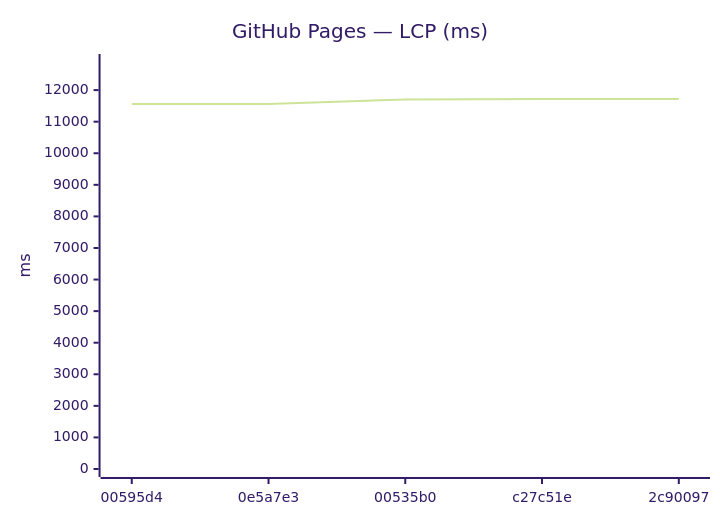
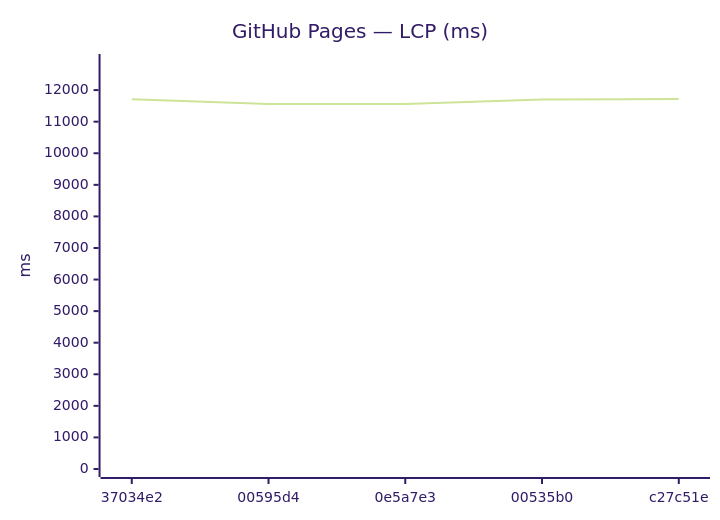
Diagram 11 of 24 in benchmarks/compare.md (Metaheurist/Rianell), drawn with Mermaid (forest theme) before and after one commit. The commit also changed other lines of this file and 12 other files, not shown here.

````diff
--- a/benchmarks/compare.md
+++ b/benchmarks/compare.md
@@ -157,7 +161,7 @@
 ```mermaid
 xychart-beta
     title "GitHub Pages — LCP (ms)"
-    x-axis ["00595d4", "0e5a7e3", "00535b0", "c27c51e", "2c90097"]
+    x-axis ["37034e2", "00595d4", "0e5a7e3", "00535b0", "c27c51e"]
     y-axis "ms" 0 --> 12890
-    line [11560, 11561, 11705, 11718, 11715]
+    line [11710, 11560, 11561, 11705, 11718]
 ```
````
